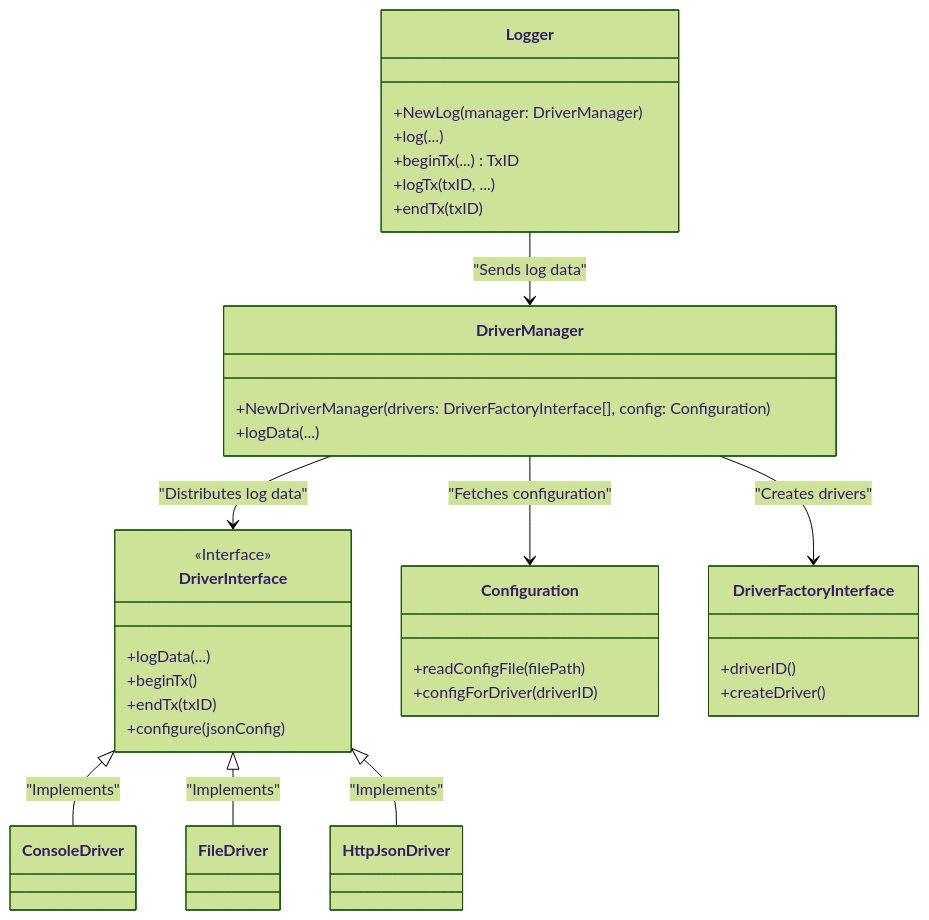
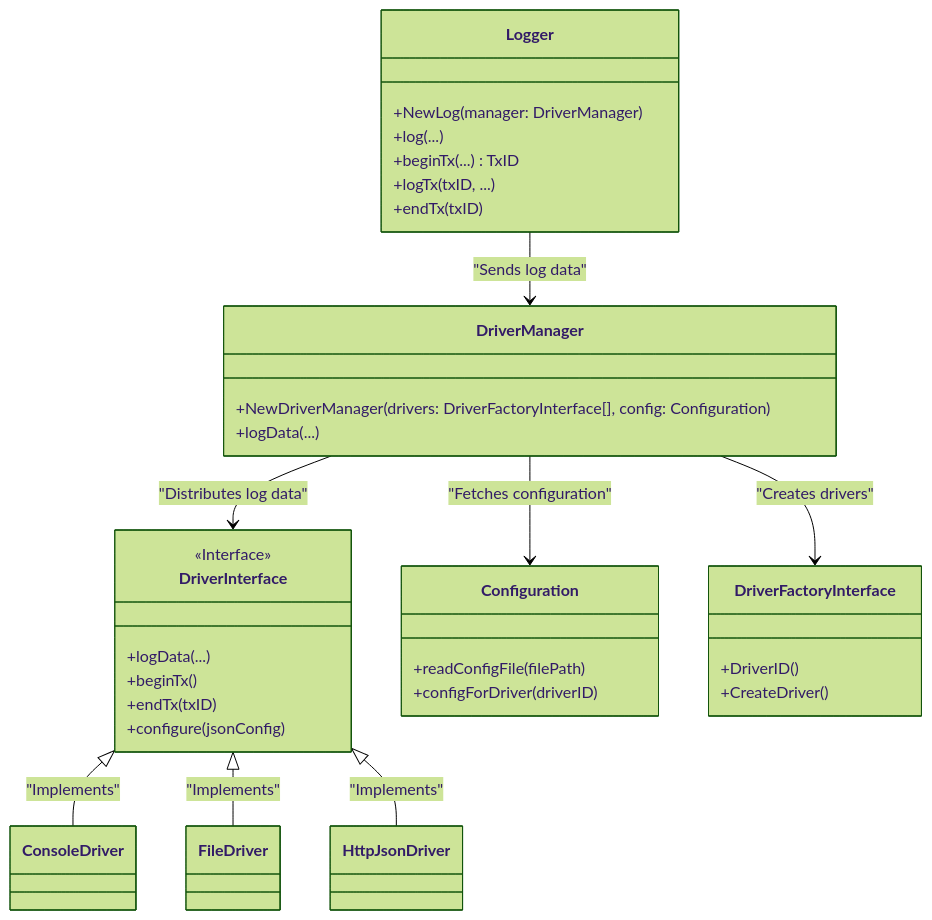
One commit to stefandunca/logsystem changed the diagram in README.md. Above: the diagram before and after it, drawn with Mermaid (forest theme). The commit also changed 13 other files, not shown here.

````diff
--- a/README.md
+++ b/README.md
@@ -44,41 +44,41 @@
 ```mermaid
 classDiagram
     class Logger {
         +NewLog(manager: DriverManager)
         +log(...)
         +beginTx(...) TxID
         +logTx(txID, ...) 
         +endTx(txID)
     }
     
     class DriverManager {
         +NewDriverManager(drivers: DriverFactoryInterface[], config: Configuration)
         +logData(...)
     }
     
     class DriverInterface {
         <<Interface>>
         +logData(...)
         +beginTx()
         +endTx(txID)
         +configure(jsonConfig)
     }
 
     class Configuration {
         +readConfigFile(filePath)
         +configForDriver(driverID)
     }
 
     class DriverFactoryInterface {
-        +driverID()
-        +createDriver()
+        +DriverID()
+        +CreateDriver()
     }
     
     Logger --> DriverManager : "Sends log data"
     DriverManager --> DriverInterface : "Distributes log data"
     DriverManager --> DriverFactoryInterface : "Creates drivers"
     DriverManager --> Configuration : "Fetches configuration"
     DriverInterface <|-- ConsoleDriver : "Implements"
     DriverInterface <|-- FileDriver : "Implements"
     DriverInterface <|-- HttpJsonDriver : "Implements"
 ```
````
